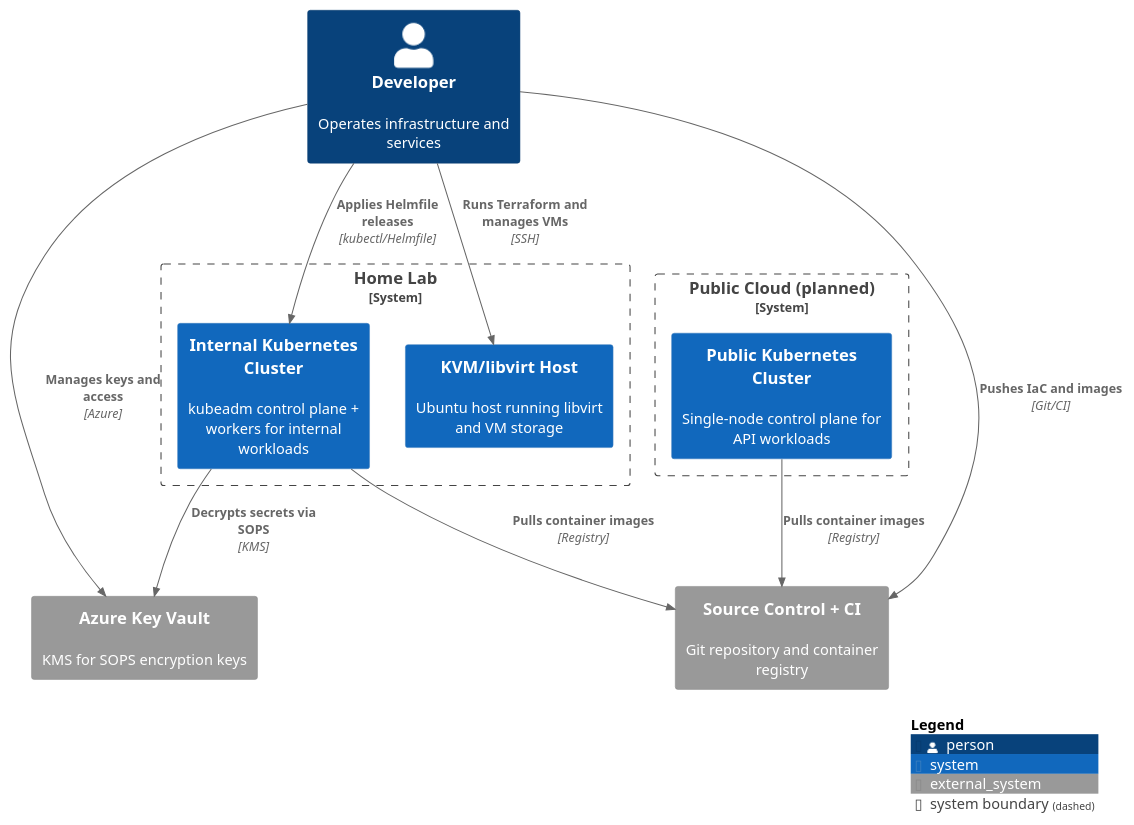
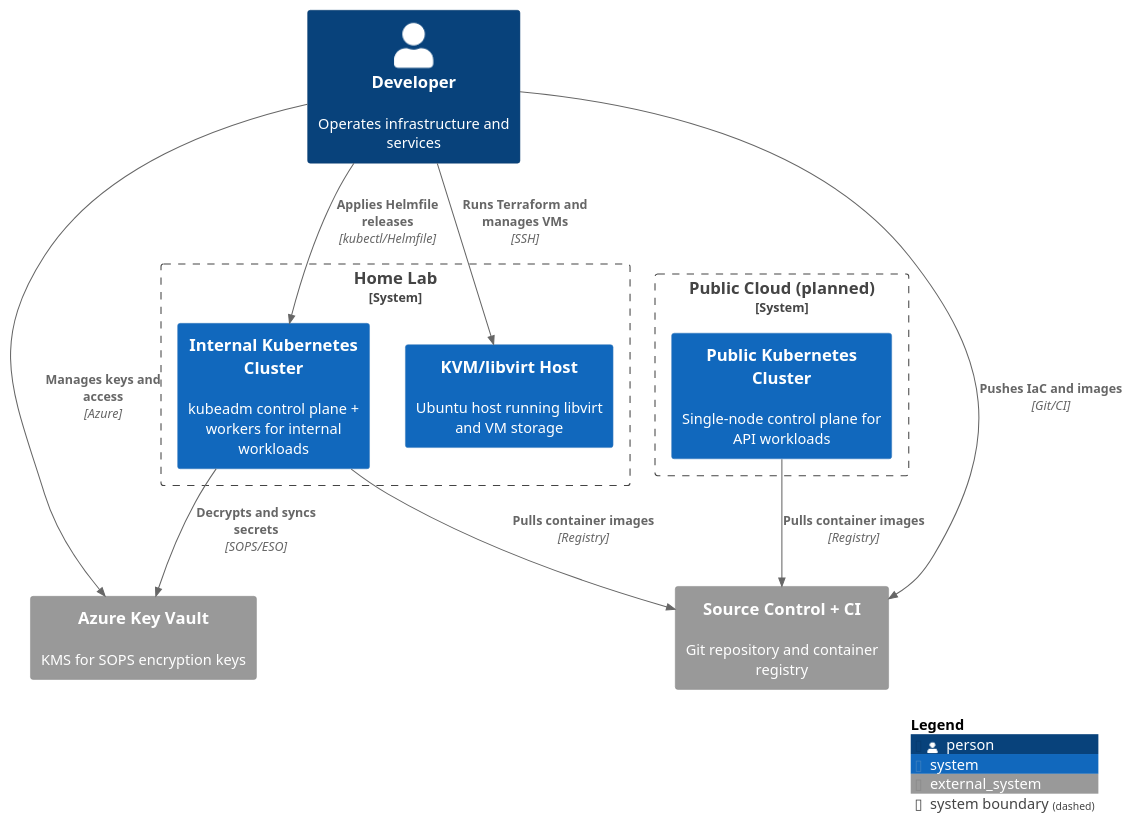
One commit to AntonMiniazev/bohr_project changed the diagram in docs/diagrams/context.puml. Above: the diagram before and after it, drawn with PlantUML. The commit also changed 29 other files, not shown here.

```diff
--- a/docs/diagrams/context.puml
+++ b/docs/diagrams/context.puml
@@ -1,29 +1,29 @@
 @startuml Context
 !includeurl https://raw.githubusercontent.com/plantuml-stdlib/C4-PlantUML/master/C4_Context.puml
 LAYOUT_WITH_LEGEND()
 HIDE_STEREOTYPE()
 
 Person(dev, "Developer", "Operates infrastructure and services")
 
 System_Ext(git, "Source Control + CI", "Git repository and container registry")
 System_Ext(keyvault, "Azure Key Vault", "KMS for SOPS encryption keys")
 
 System_Boundary(home, "Home Lab") {
     System(kvm, "KVM/libvirt Host", "Ubuntu host running libvirt and VM storage")
     System(homek8s, "Internal Kubernetes Cluster", "kubeadm control plane + workers for internal workloads")
 }
 
 System_Boundary(cloud, "Public Cloud (planned)") {
     System(apik8s, "Public Kubernetes Cluster", "Single-node control plane for API workloads")
 }
 
 Rel(dev, git, "Pushes IaC and images", "Git/CI")
 Rel(dev, kvm, "Runs Terraform and manages VMs", "SSH")
 Rel(dev, homek8s, "Applies Helmfile releases", "kubectl/Helmfile")
 Rel(dev, keyvault, "Manages keys and access", "Azure")
-Rel(homek8s, keyvault, "Decrypts secrets via SOPS", "KMS")
+Rel(homek8s, keyvault, "Decrypts and syncs secrets", "SOPS/ESO")
 Rel(homek8s, git, "Pulls container images", "Registry")
 Rel(apik8s, git, "Pulls container images", "Registry")
 
 SHOW_LEGEND()
 @enduml
```
